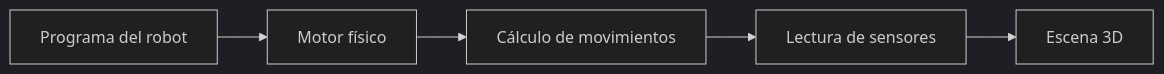
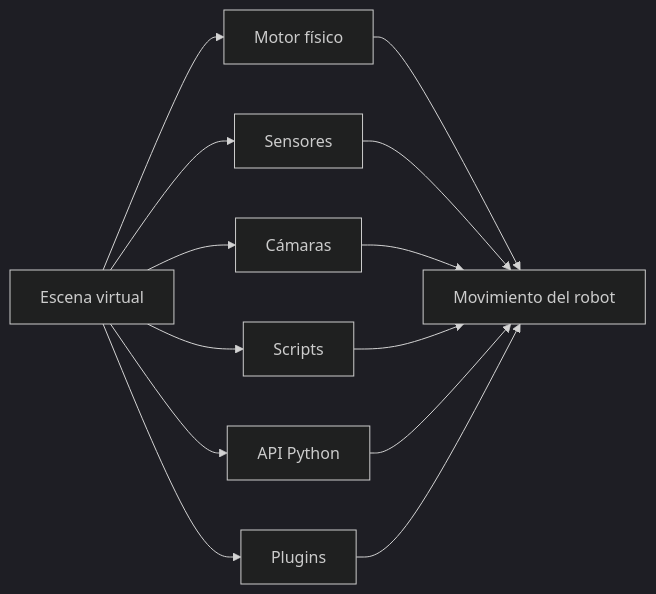
One commit to josellagosta-collab/Libro-CoppeliaSim-FP changed the first of 3 diagrams in docs/parte1/capitulo01.md. Above: the diagram before and after it, drawn with Mermaid (dark theme). The commit also changed other lines of this file and 39 other files, not shown here.

````diff
--- a/docs/parte1/capitulo01.md
+++ b/docs/parte1/capitulo01.md
@@ -70,21 +157,24 @@
 ```mermaid
 flowchart LR
 
-A[Programa del robot]
+A[Escena virtual]
 
--->
+A --> B[Motor físico]
 
-B[Motor físico]
+A --> C[Sensores]
 
--->
+A --> D[Cámaras]
 
-C[Cálculo de movimientos]
+A --> E[Scripts]
 
--->
+A --> F[API Python]
 
-D[Lectura de sensores]
+A --> G[Plugins]
 
--->
-
-E[Escena 3D]
+B --> H[Movimiento del robot]
+C --> H
+D --> H
+E --> H
+F --> H
+G --> H
 ```
````
